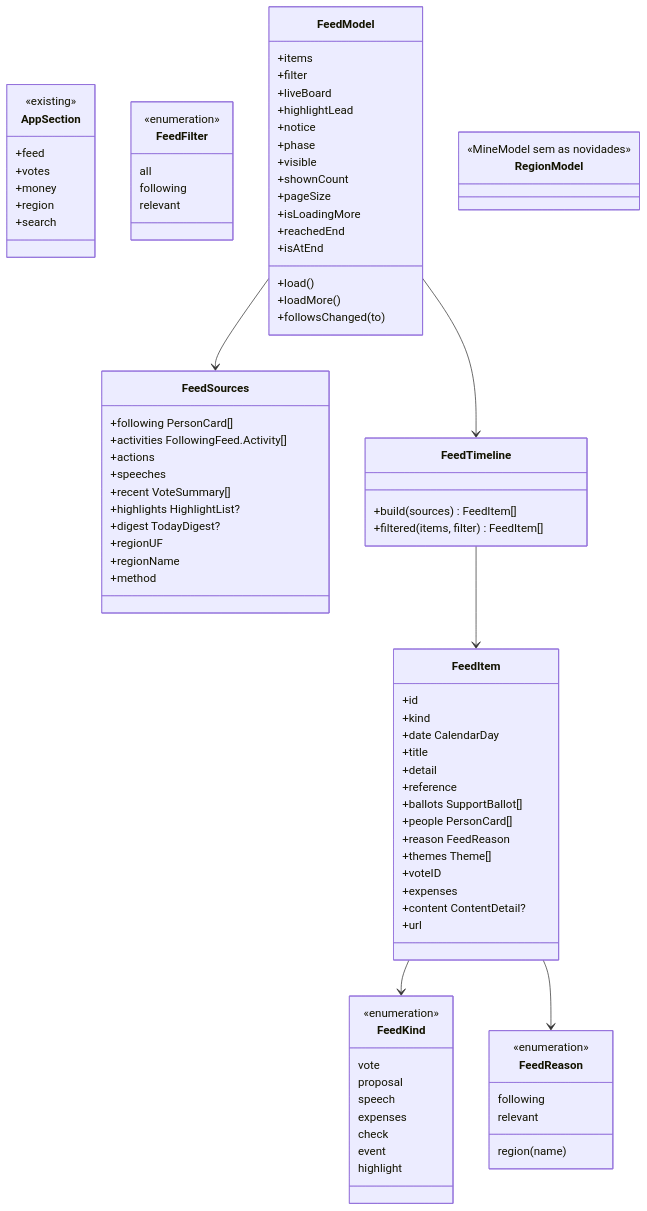
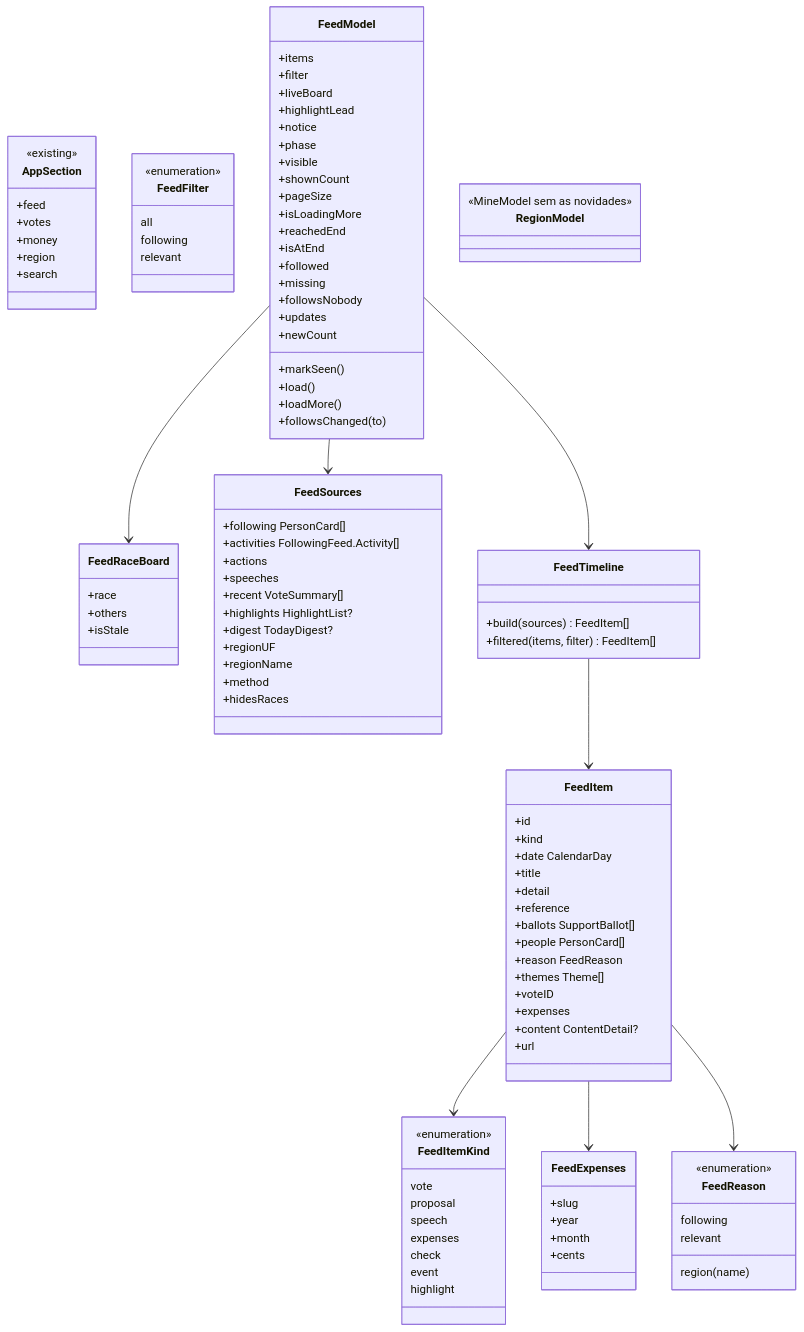
The diagram in spdd/prompt/FSC-013-202611012300-[Feat]-feed-first-tab-and-region.md (byescaleira/fiscal), drawn with Mermaid before and after one commit. The commit also changed other lines of this file and 22 other files, not shown here.

```diff
--- a/spdd/prompt/FSC-013-202611012300-[Feat]-feed-first-tab-and-region.md
+++ b/spdd/prompt/FSC-013-202611012300-[Feat]-feed-first-tab-and-region.md
@@ -74,7 +74,7 @@
         +content ContentDetail?
         +url
     }
-    class FeedKind {
+    class FeedItemKind {
         <<enumeration>>
         vote
         proposal
@@ -83,6 +83,17 @@
         check
         event
         highlight
+    }
+    class FeedExpenses {
+        +slug
+        +year
+        +month
+        +cents
+    }
+    class FeedRaceBoard {
+        +race
+        +others
+        +isStale
     }
     class FeedReason {
         <<enumeration>>
@@ -107,6 +118,7 @@
         +regionUF
         +regionName
         +method
+        +hidesRaces
     }
     class FeedTimeline {
         +build(sources) FeedItem[]
@@ -125,6 +137,12 @@
         +isLoadingMore
         +reachedEnd
         +isAtEnd
+        +followed
+        +missing
+        +followsNobody
+        +updates
+        +newCount
+        +markSeen()
         +load()
         +loadMore()
         +followsChanged(to)
@@ -132,7 +150,9 @@
     class RegionModel {
         <<MineModel sem as novidades>>
     }
-    FeedItem --> FeedKind
+    FeedItem --> FeedItemKind
+    FeedItem --> FeedExpenses
+    FeedModel --> FeedRaceBoard
     FeedItem --> FeedReason
     FeedTimeline --> FeedItem
     FeedModel --> FeedTimeline
```
